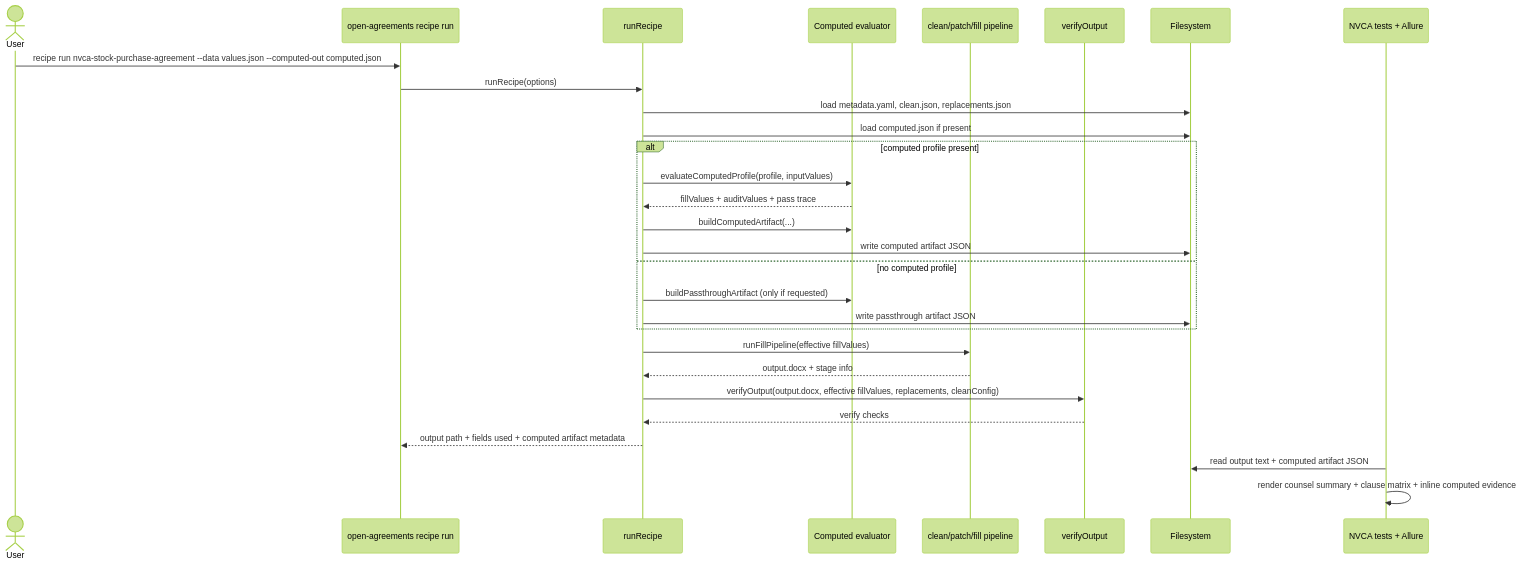
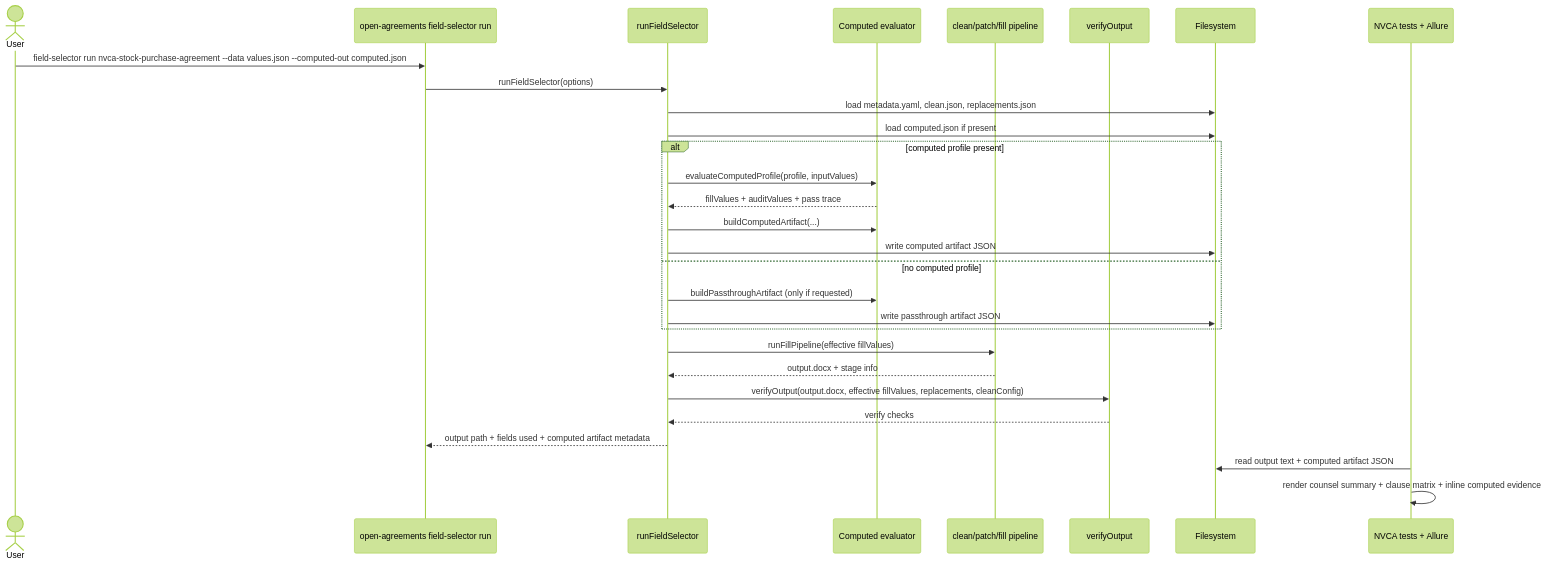
The third of 4 diagrams in docs/nvca-spa-allure-test-model.md (open-agreements/open-agreements), drawn with Mermaid (forest theme) before and after one commit. The commit also changed other lines of this file and 438 other files, not shown here.

````diff
--- a/docs/nvca-spa-allure-test-model.md
+++ b/docs/nvca-spa-allure-test-model.md
@@ -97,35 +97,35 @@
 ```mermaid
 sequenceDiagram
     actor User
-    participant CLI as open-agreements recipe run
-    participant Runtime as runRecipe
+    participant CLI as open-agreements field-selector run
+    participant Runtime as runFieldSelector
     participant CP as Computed evaluator
     participant Pipeline as clean/patch/fill pipeline
     participant Verifier as verifyOutput
     participant FS as Filesystem
     participant Allure as NVCA tests + Allure
 
-    User->>CLI: recipe run nvca-stock-purchase-agreement --data values.json --computed-out computed.json
-    CLI->>Runtime: runRecipe(options)
+    User->>CLI: field-selector run nvca-stock-purchase-agreement --data values.json --computed-out computed.json
+    CLI->>Runtime: runFieldSelector(options)
     Runtime->>FS: load metadata.yaml, clean.json, replacements.json
     Runtime->>FS: load computed.json if present
 
     alt computed profile present
       Runtime->>CP: evaluateComputedProfile(profile, inputValues)
       CP-->>Runtime: fillValues + auditValues + pass trace
       Runtime->>CP: buildComputedArtifact(...)
       Runtime->>FS: write computed artifact JSON
     else no computed profile
       Runtime->>CP: buildPassthroughArtifact (only if requested)
       Runtime->>FS: write passthrough artifact JSON
     end
 
     Runtime->>Pipeline: runFillPipeline(effective fillValues)
     Pipeline-->>Runtime: output.docx + stage info
     Runtime->>Verifier: verifyOutput(output.docx, effective fillValues, replacements, cleanConfig)
     Verifier-->>Runtime: verify checks
     Runtime-->>CLI: output path + fields used + computed artifact metadata
 
     Allure->>FS: read output text + computed artifact JSON
     Allure->>Allure: render counsel summary + clause matrix + inline computed evidence
 ```
````
